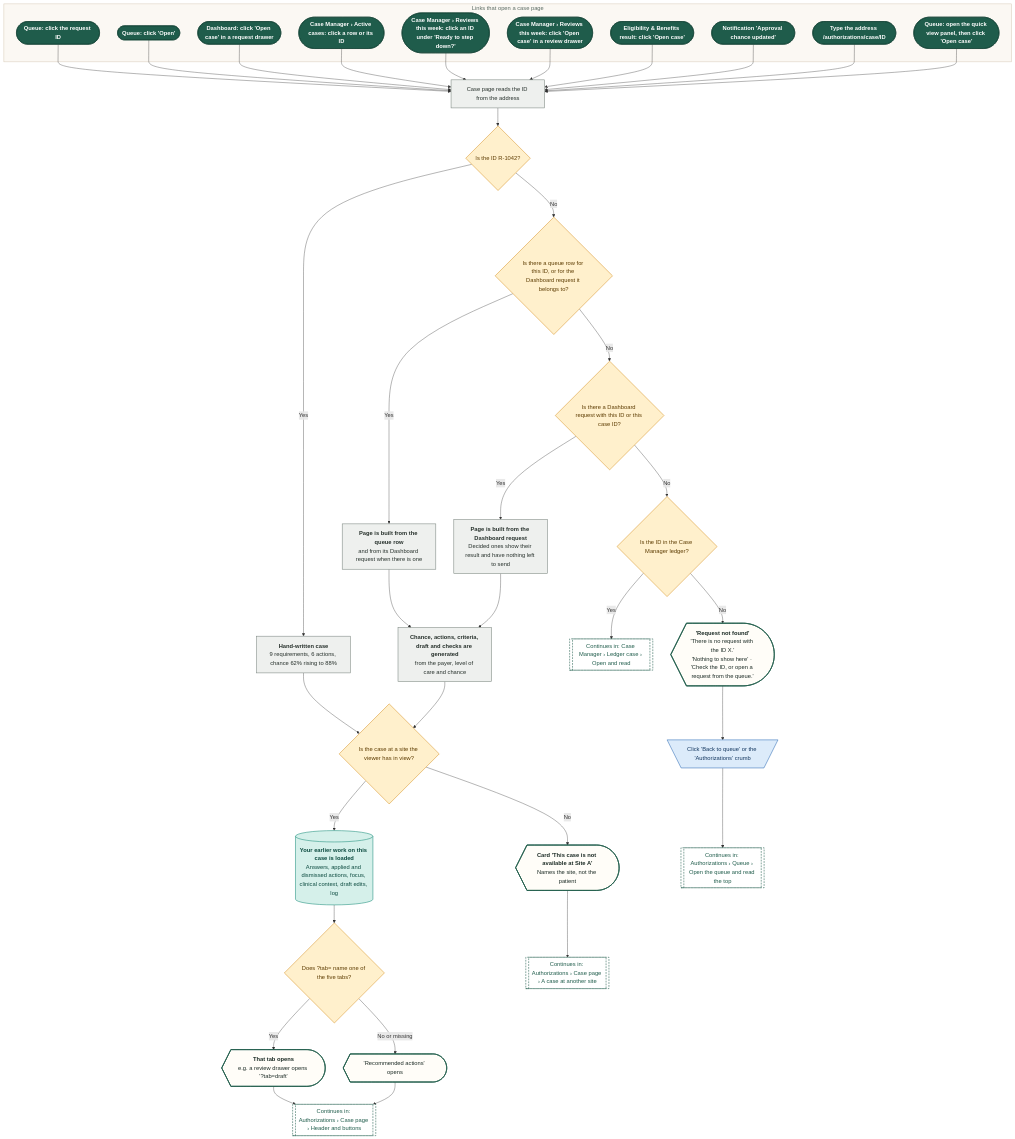
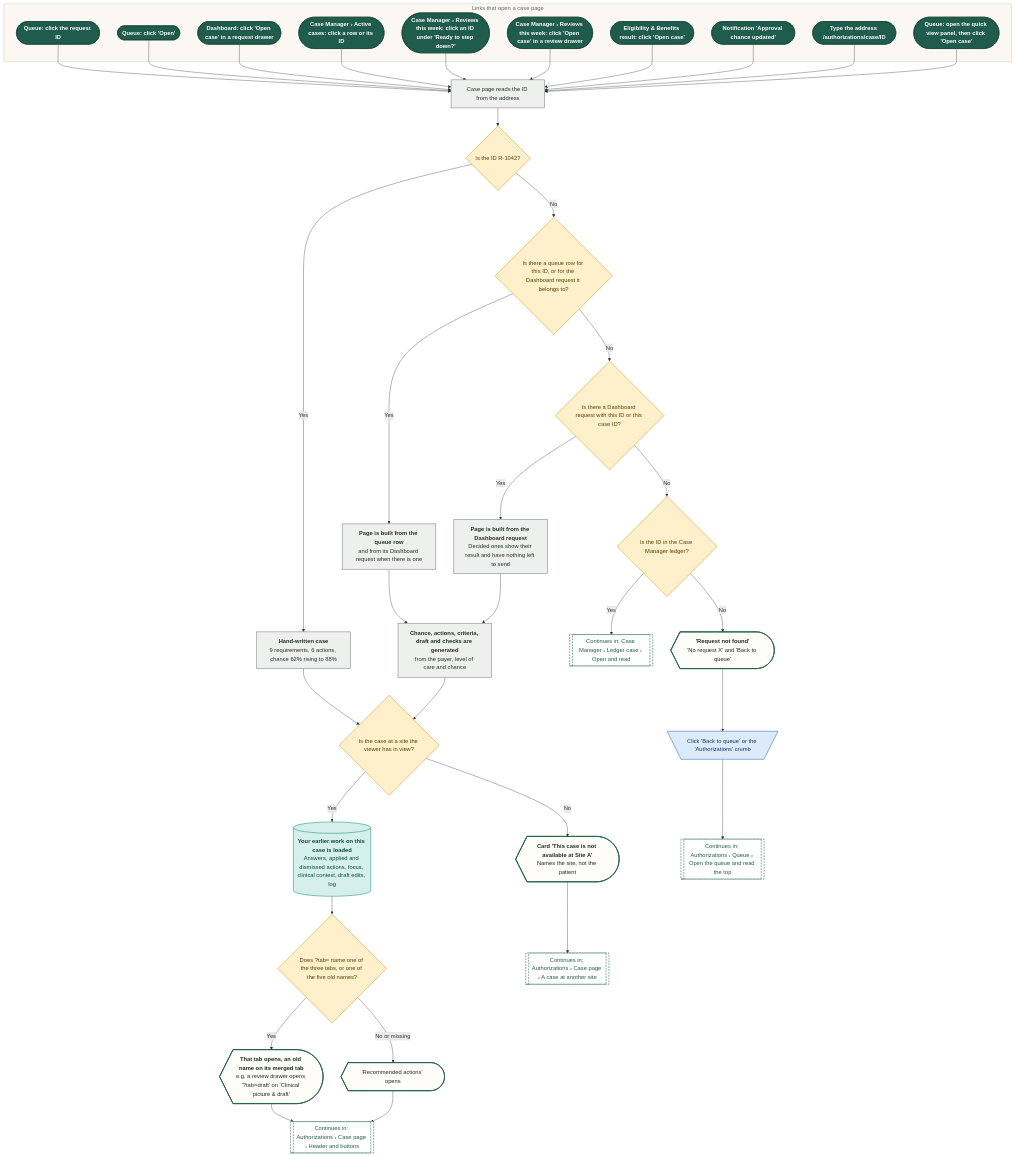
One commit to Shrav143/psyfloapp changed the ninth of 34 diagrams in demos/prior-auth-demo/workflows/out/md/03-authorizations.md. Above: the diagram before and after it, drawn with Mermaid. The commit also changed other lines of this file and 202 other files, not shown here.

First line of the commit message:
docs: round 6 README, CONVENTIONS, spec section 17, diagram module blurbs and 336 rebuilt diagrams

```diff
--- a/demos/prior-auth-demo/workflows/out/md/03-authorizations.md
+++ b/demos/prior-auth-demo/workflows/out/md/03-authorizations.md
@@ -771,15 +771,15 @@
   gen@{ shape: rect, label: "<b>Chance, actions, criteria, draft and checks are generated</b><br/>from the payer, level of care and chance" }
   d5@{ shape: diam, label: "Is the ID in the Case Manager ledger?" }
   gL@{ shape: subproc, label: "Continues in: Case Manager › Ledger case › Open and read" }
-  nf@{ shape: curv-trap, label: "<b>'Request not found'</b><br/>'There is no request with the ID X.'<br/>'Nothing to show here' · 'Check the ID, or open a request from the queue.'" }
+  nf@{ shape: curv-trap, label: "<b>'Request not found'</b><br/>'No request X' and 'Back to queue'" }
   bq@{ shape: trap-t, label: "Click 'Back to queue' or the 'Authorizations' crumb" }
   gQ@{ shape: subproc, label: "Continues in: Authorizations › Queue › Open the queue and read the top" }
   ld@{ shape: cyl, label: "<b>Your earlier work on this case is loaded</b><br/>Answers, applied and dismissed actions, focus, clinical context, draft edits, log" }
   dS@{ shape: diam, label: "Is the case at a site the viewer has in view?" }
   oos@{ shape: curv-trap, label: "<b>Card 'This case is not available at Site A'</b><br/>Names the site, not the patient" }
   gO@{ shape: subproc, label: "Continues in: Authorizations › Case page › A case at another site" }
-  d4@{ shape: diam, label: "Does ?tab= name one of the five tabs?" }
-  tab1@{ shape: curv-trap, label: "<b>That tab opens</b><br/>e.g. a review drawer opens '?tab=draft'" }
+  d4@{ shape: diam, label: "Does ?tab= name one of the three tabs, or one of the five old names?" }
+  tab1@{ shape: curv-trap, label: "<b>That tab opens, an old name on its merged tab</b><br/>e.g. a review drawer opens '?tab=draft' on 'Clinical picture & draft'" }
   tab0@{ shape: curv-trap, label: "'Recommended actions' opens" }
   gH@{ shape: subproc, label: "Continues in: Authorizations › Case page › Header and buttons" }
   a1 --> r0
```
